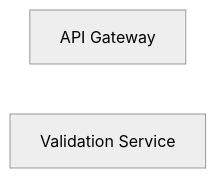
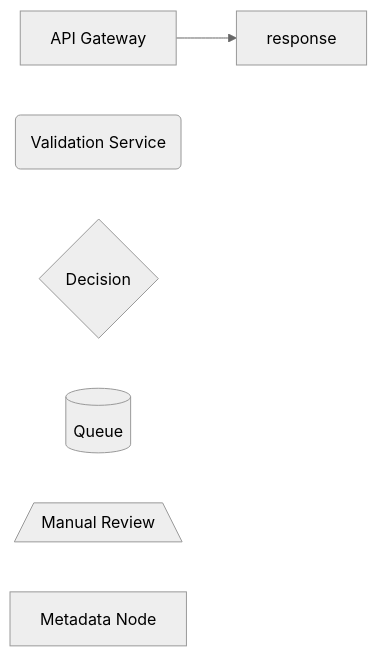
Before and after one commit to h-4vok/diagram-tours: the first of 2 diagrams in docs/authoring-guide.md, drawn with Mermaid (neutral theme). The commit also changed other lines of this file and 12 other files, not shown here.

First line of the commit message:
feat(player): expand flowchart focus support

````diff
--- a/docs/authoring-guide.md
+++ b/docs/authoring-guide.md
@@ -15,5 +15,10 @@
 ```mermaid
 flowchart LR
 api_gateway[API Gateway]
-validation_service[Validation Service]
+validation_service(Validation Service)
+decision{Decision}
+queue[(Queue)]
+manual_review[/Manual Review\]
+metadata@{ shape: rect, label: "Metadata Node" }
+api_gateway --> response
 ```
````
